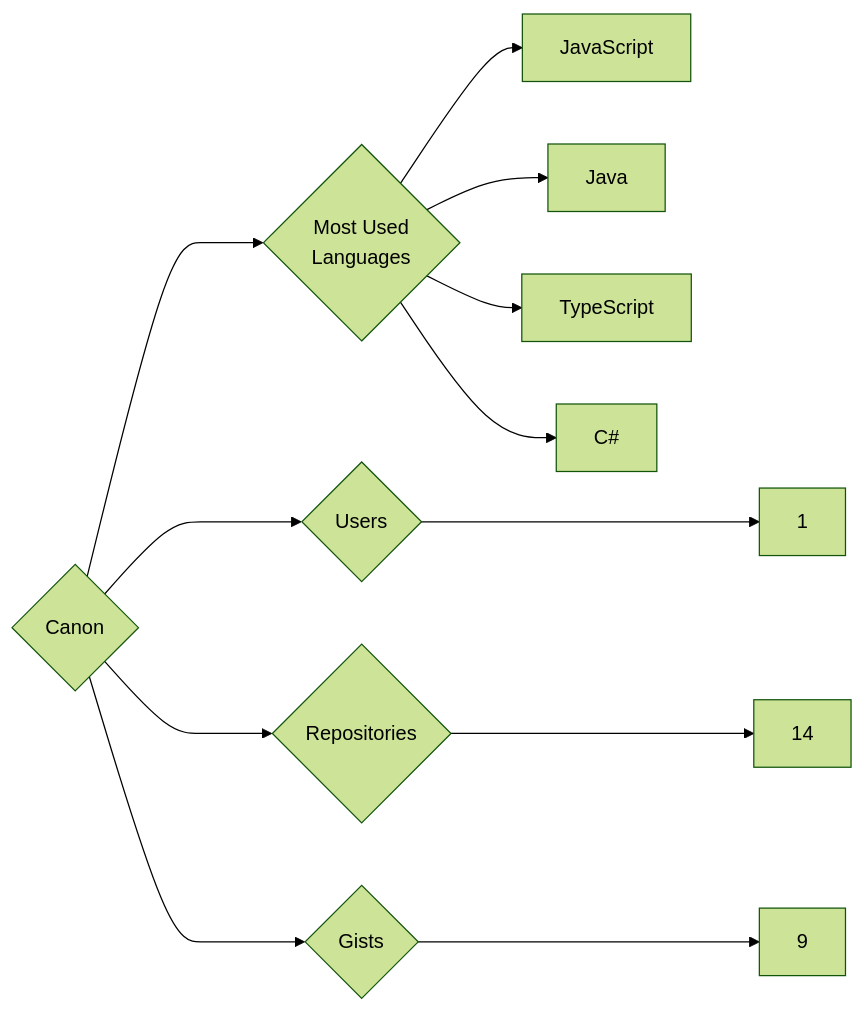
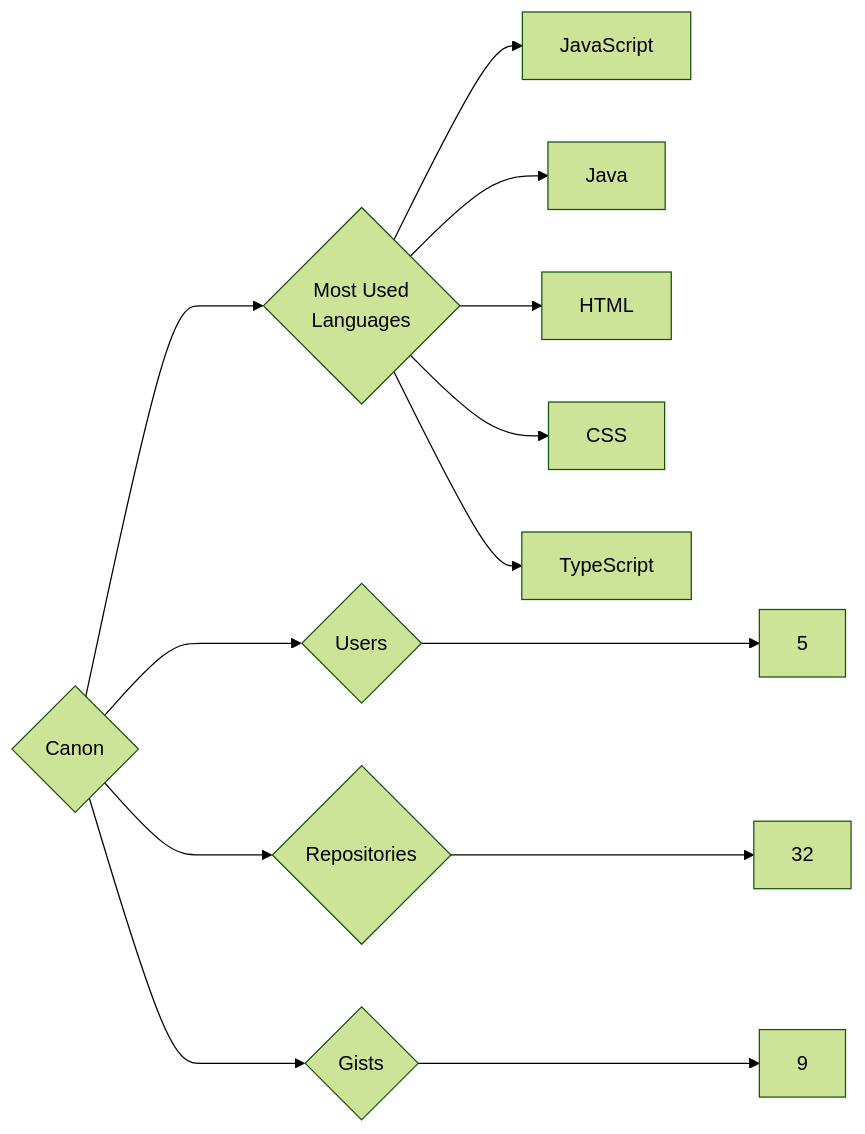
One commit to trickest/insiders changed the diagram in targets/Canon/README.md. Above: the diagram before and after it, drawn with Mermaid (forest theme). The commit also changed 942 other files, not shown here.

````diff
--- a/targets/Canon/README.md
+++ b/targets/Canon/README.md
@@ -3,12 +3,13 @@
 ```mermaid
 graph LR
 COMPANY_NAME{Canon}
-COMPANY_NAME ---> U{Users} ---> UN[1]
-COMPANY_NAME ---> R{Repositories} ---> RN[14]
+COMPANY_NAME ---> U{Users} ---> UN[5]
+COMPANY_NAME ---> R{Repositories} ---> RN[32]
 COMPANY_NAME ---> G{Gists} ---> GN[9]
 COMPANY_NAME ---> ML{Most Used<br>Languages}
 ML --> JavaScript[JavaScript]
 ML --> Java[Java]
+ML --> HTML[HTML]
+ML --> CSS[CSS]
 ML --> TypeScript[TypeScript]
-ML --> C#[C#]
 ```
````
